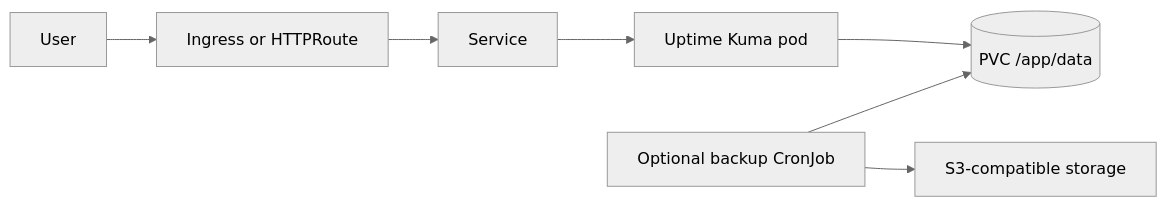
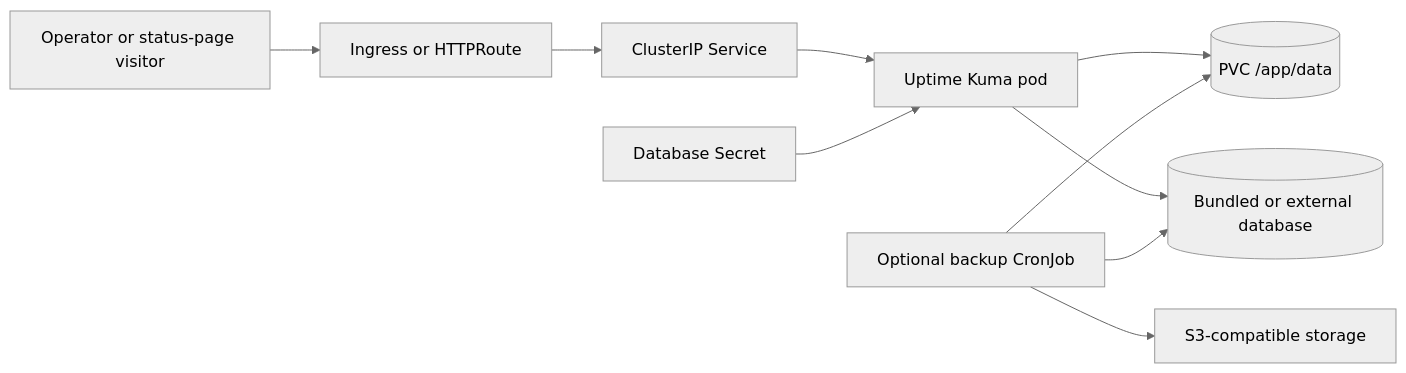
The diagram in charts/uptime-kuma/DESIGN.md (helmforgedev/charts), drawn with Mermaid (neutral theme) before and after one commit. The commit also changed other lines of this file and 18 other files, not shown here.

First line of the commit message:
feat(uptime-kuma): complete production quality contract (#1718)

````diff
--- a/charts/uptime-kuma/DESIGN.md
+++ b/charts/uptime-kuma/DESIGN.md
@@ -15,9 +14,12 @@
 ```mermaid
 flowchart LR
-  user[User] --> route[Ingress or HTTPRoute]
-  route --> svc[Service]
-  svc --> pod[Uptime Kuma pod]
-  pod --> pvc[(PVC /app/data)]
-  backup[Optional backup CronJob] --> s3[S3-compatible storage]
-  backup --> pvc
+  client[Operator or status-page visitor] --> edge[Ingress or HTTPRoute]
+  edge --> service[ClusterIP Service]
+  service --> app[Uptime Kuma pod]
+  app --> sqlite[(PVC /app/data)]
+  app --> database[(Bundled or external database)]
+  secret[Database Secret] --> app
+  backup[Optional backup CronJob] --> sqlite
+  backup --> database
+  backup --> s3[S3-compatible storage]
 ```
````
